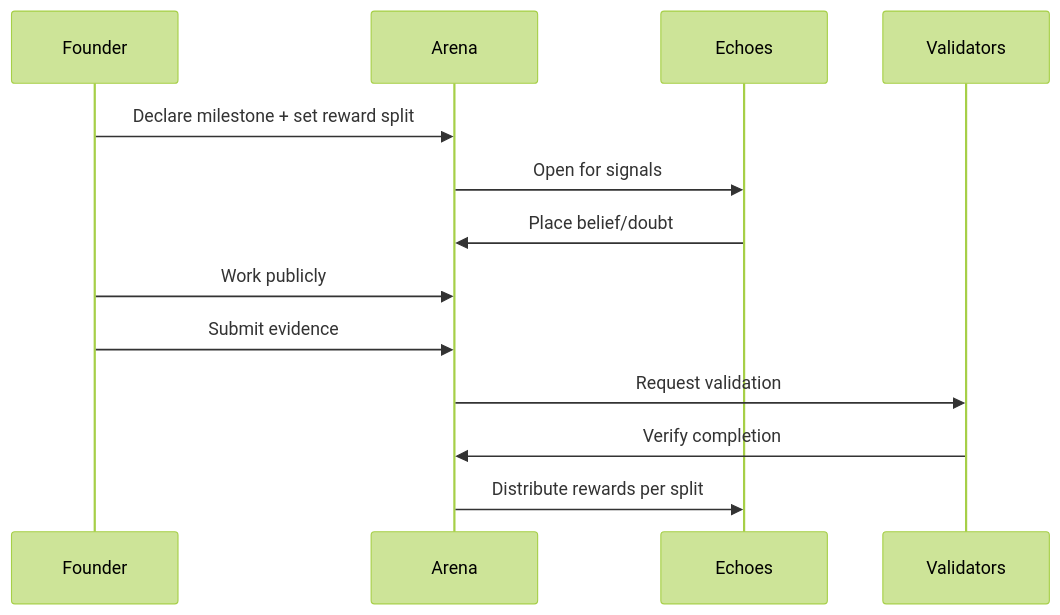
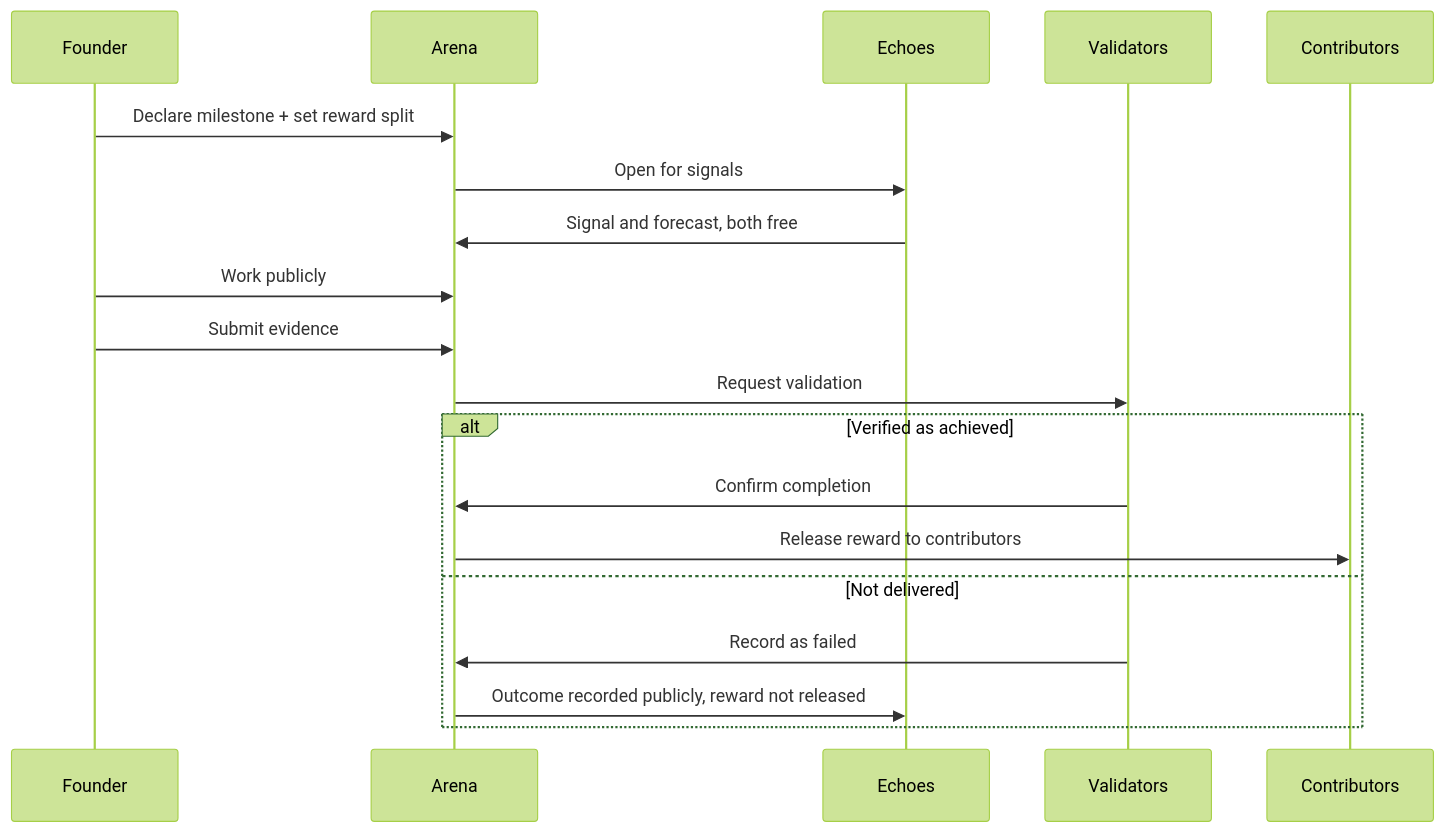
The first of 2 diagrams in docs/overview-guide/arena-system.md (studio3-labs/studio3-docs), drawn with Mermaid (forest theme) before and after one commit. The commit also changed other lines of this file and 3 other files, not shown here.

Commit message:
no-mistakes(review): Condition reward release on success; fix signal revisability

````diff
--- a/docs/overview-guide/arena-system.md
+++ b/docs/overview-guide/arena-system.md
@@ -83,16 +83,22 @@
 ```mermaid
 sequenceDiagram
     participant F as Founder
     participant A as Arena
     participant E as Echoes
     participant V as Validators
-    
+    participant C as Contributors
+
     F->>A: Declare milestone + set reward split
     A->>E: Open for signals
-    E->>A: Place belief/doubt
+    E->>A: Signal and forecast, both free
     F->>A: Work publicly
     F->>A: Submit evidence
     A->>V: Request validation
-    V->>A: Verify completion
-    A->>E: Distribute rewards per split
+    alt Verified as achieved
+        V->>A: Confirm completion
+        A->>C: Release reward to contributors
+    else Not delivered
+        V->>A: Record as failed
+        A->>E: Outcome recorded publicly, reward not released
+    end
 ```
````
